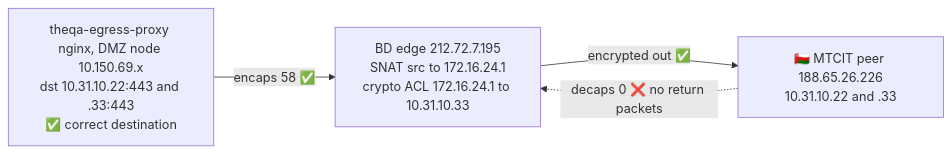
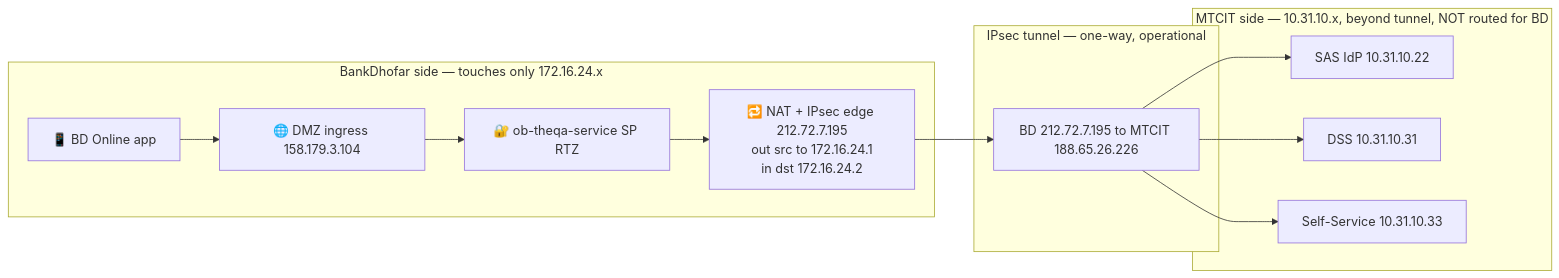
The second of 2 diagrams in theqa-integration-artifacts/THEQA_Traffic_Flow.md (alierenbaysal/open-banking-mobile-v2), drawn with Mermaid before and after one commit. The commit also changed other lines of this file, not shown here.

Commit message:
docs(theqa): rewrite per authoritative email chain (Manal MTCIT 2026-06-03) — one-way tunnel operational, all 3 dests reachable, BD touches only 172.16.24.x NAT (src .1 / ACS .2), MTCIT services SAS .22 DSS .31 Self-Service .33; remove invalid failure claims (#15)

````diff
--- a/theqa-integration-artifacts/THEQA_Traffic_Flow.md
+++ b/theqa-integration-artifacts/THEQA_Traffic_Flow.md
@@ -102,9 +74,22 @@
 ```mermaid
 flowchart LR
-    EG["theqa-egress-proxy nginx, DMZ node 10.150.69.x<br>dst 10.31.10.22:443 and .33:443<br>✅ correct destination"]
-    FW["BD edge 212.72.7.195<br>SNAT src to 172.16.24.1<br>crypto ACL 172.16.24.1 to 10.31.10.33"]
-    MTCIT["🇴🇲 MTCIT peer 188.65.26.226<br>10.31.10.22 and .33"]
-    EG -->|encaps 58 ✅| FW
-    FW -->|encrypted out ✅| MTCIT
-    MTCIT -. decaps 0 ❌ no return packets .-> FW
+    subgraph BD["BankDhofar side — touches only 172.16.24.x"]
+        APP["📱 BD Online app"]
+        ING["🌐 DMZ ingress 158.179.3.104"]
+        SP["🔐 ob-theqa-service SP RTZ"]
+        NAT["🔁 NAT + IPsec edge 212.72.7.195<br>out src to 172.16.24.1<br>in dst 172.16.24.2"]
+    end
+    subgraph TUN["IPsec tunnel — one-way, operational"]
+        T["BD 212.72.7.195 to MTCIT 188.65.26.226"]
+    end
+    subgraph MTCIT["MTCIT side — 10.31.10.x, beyond tunnel, NOT routed for BD"]
+        SAS["SAS IdP 10.31.10.22"]
+        DSS["DSS 10.31.10.31"]
+        SS["Self-Service 10.31.10.33"]
+    end
+    APP --> ING --> SP --> NAT
+    NAT --> T
+    T --> SAS
+    T --> DSS
+    T --> SS
 ```
````
